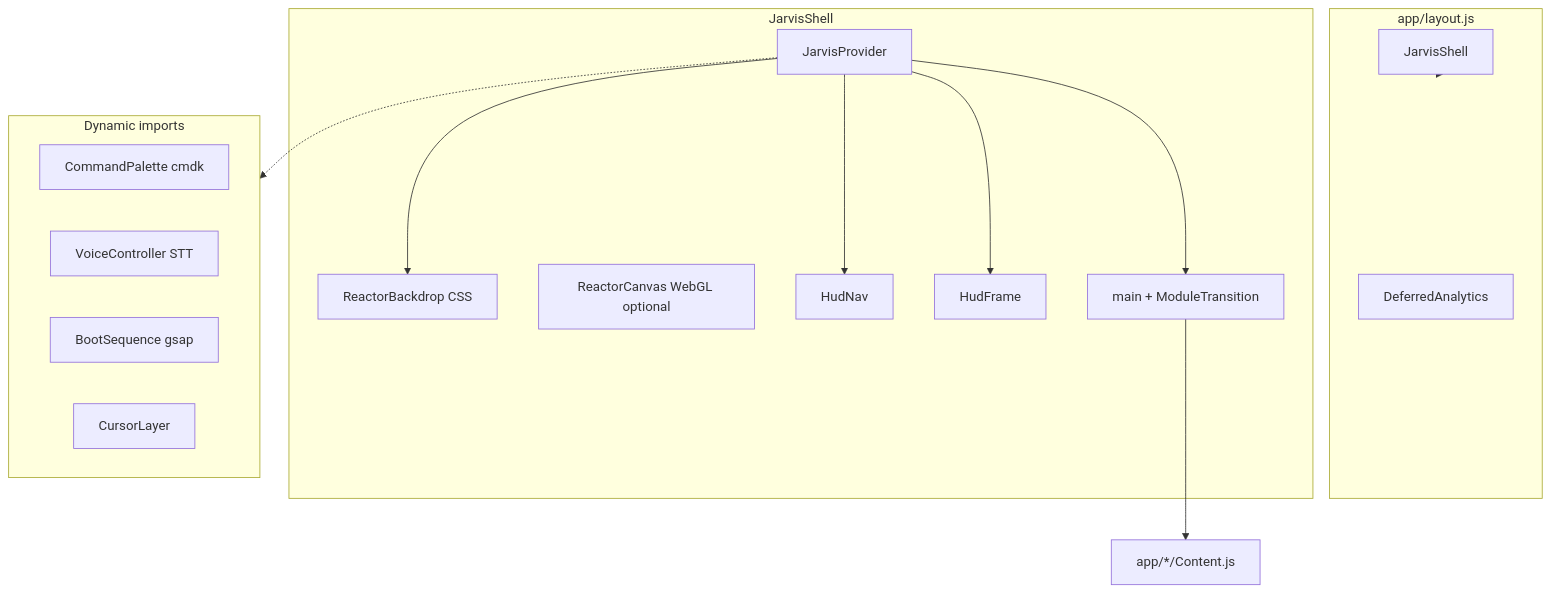
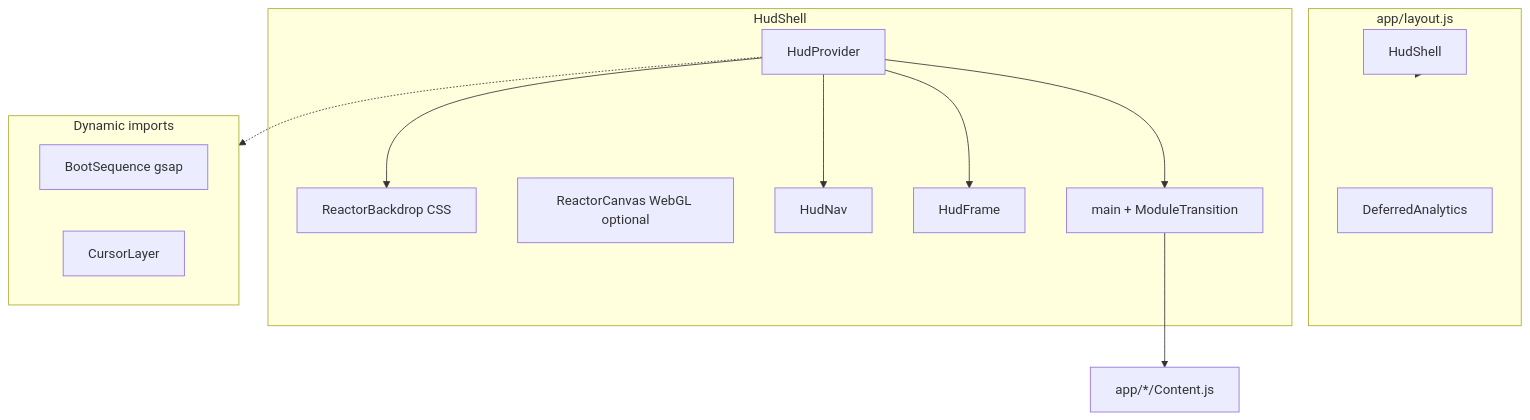
One commit to dineshkn-dev/portfolio-web changed the diagram in docs/architecture.md. Above: the diagram before and after it, drawn with Mermaid. The commit also changed other lines of this file and 42 other files, not shown here.

First line of the commit message:
Remove JARVIS branding from HUD shell, styles, and agent docs.

````diff
--- a/docs/architecture.md
+++ b/docs/architecture.md
@@ -5,31 +5,29 @@
 ```mermaid
 flowchart TB
     subgraph layout [app/layout.js]
-        Shell[JarvisShell]
+        Shell[HudShell]
         Analytics[DeferredAnalytics]
     end
 
-    subgraph shell [JarvisShell]
-        Provider[JarvisProvider]
+    subgraph shell [HudShell]
+        Provider[HudProvider]
         Backdrop[ReactorBackdrop CSS]
         Canvas[ReactorCanvas WebGL optional]
         Nav[HudNav]
         Frame[HudFrame]
         Main[main + ModuleTransition]
     end
 
     subgraph lazy [Dynamic imports]
-        Palette[CommandPalette cmdk]
-        Voice[VoiceController STT]
         Boot[BootSequence gsap]
         Cursor[CursorLayer]
     end
 
     Provider --> Backdrop
     Provider --> Nav
     Provider --> Frame
     Provider --> Main
     Provider -.-> lazy
     Shell --> layout
     Main --> Pages[app/*/Content.js]
 ```
````
